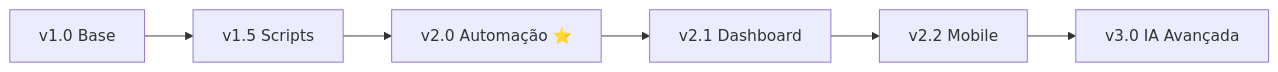
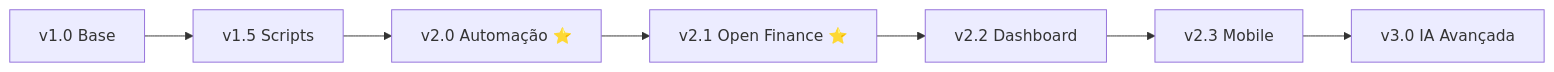
One commit to lutivix/FinanceiroPY changed the diagram in README.md. Above: the diagram before and after it, drawn with Mermaid. The commit also changed other lines of this file and 37 other files, not shown here.

````diff
--- a/README.md
+++ b/README.md
@@ -383,8 +412,9 @@
 ```mermaid
 graph LR
     A[v1.0 Base] --> B[v1.5 Scripts]
     B --> C[v2.0 Automação ⭐]
-    C --> D[v2.1 Dashboard]
-    D --> E[v2.2 Mobile]
-    E --> F[v3.0 IA Avançada]
+    C --> D[v2.1 Open Finance ⭐]
+    D --> E[v2.2 Dashboard]
+    E --> F[v2.3 Mobile]
+    F --> G[v3.0 IA Avançada]
 ```
````
